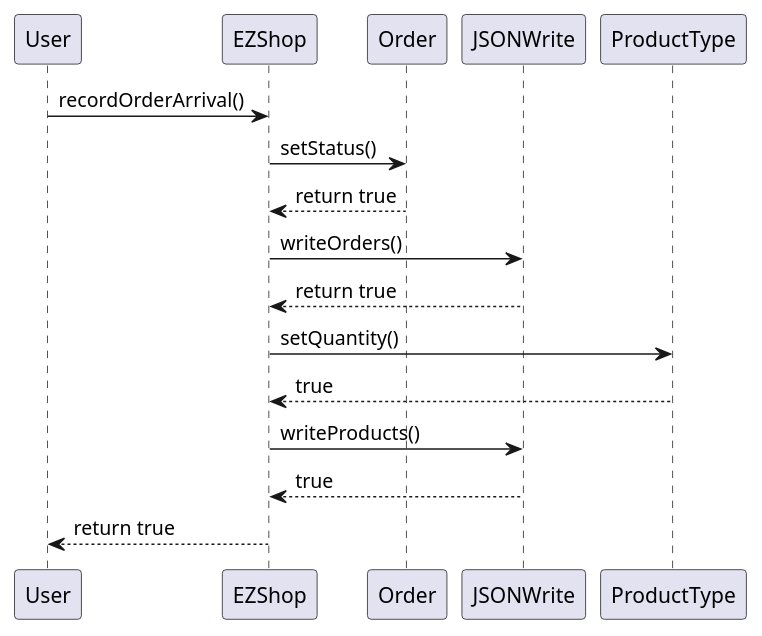
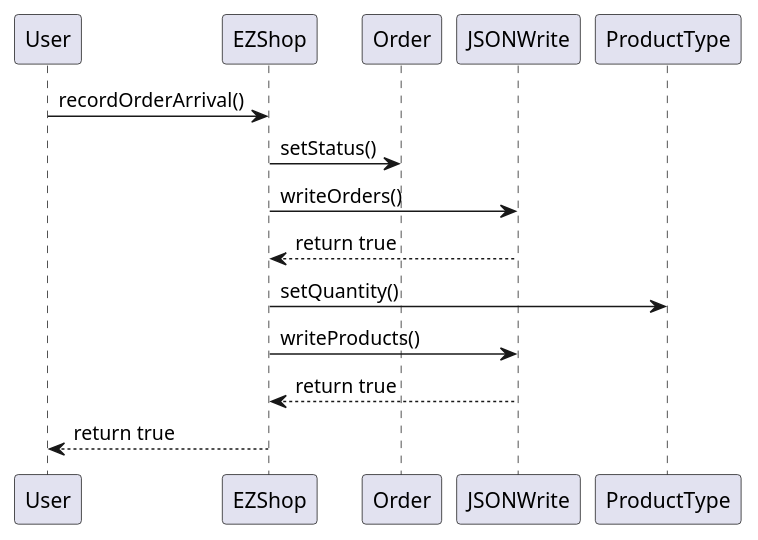
One commit to giuseppesalvi/ezshop changed the fifth of 9 diagrams in Deliverables/DesignDocument.md. Above: the diagram before and after it, drawn with PlantUML. The commit also changed other lines of this file, not shown here.

Commit message:
Update DesignDocument.md: minor fix

````diff
--- a/Deliverables/DesignDocument.md
+++ b/Deliverables/DesignDocument.md
@@ -322,18 +321,16 @@
 ```plantuml
 @startuml
 participant User
 participant EZShop
 participant Order
 participant JSONWrite
 User -> EZShop : recordOrderArrival()
 EZShop -> Order : setStatus()
-EZShop <-- Order : return true
 EZShop -> JSONWrite : writeOrders()
 EZShop <-- JSONWrite : return true
 EZShop -> ProductType : setQuantity()
-EZShop <-- ProductType : true
 EZShop -> JSONWrite : writeProducts()
-EZShop <-- JSONWrite : true
+EZShop <-- JSONWrite : return true
 User <-- EZShop : return true
 @enduml
 ```
````
